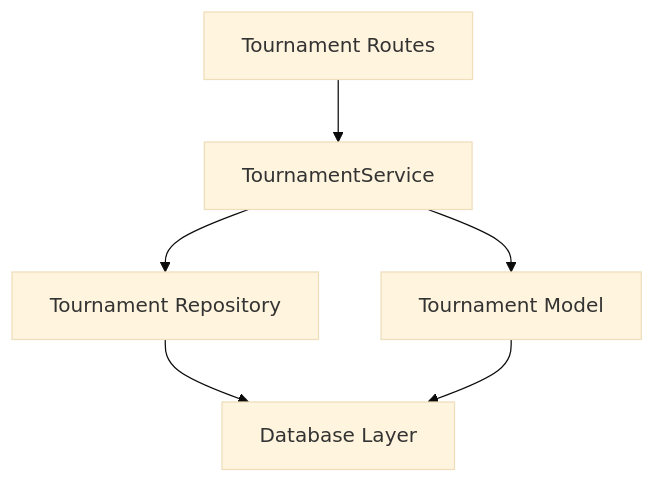
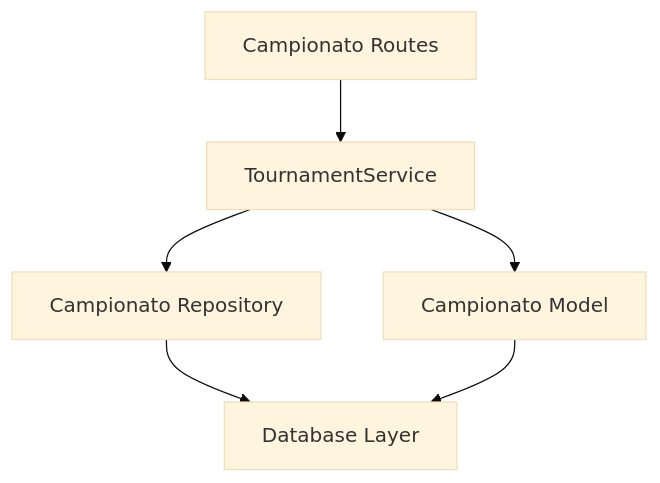
One commit to coppolapaolo/tornei-biliardo changed the diagram in .qoder/quests/refactoring-status-review.md. Above: the diagram before and after it, drawn with Mermaid (base theme). The commit also changed other lines of this file and 277 other files, not shown here.

First line of the commit message:
refactor: rename Prova->Gara and Tournament/Torneo->Campionato

````diff
--- a/.qoder/quests/refactoring-status-review.md
+++ b/.qoder/quests/refactoring-status-review.md
@@ -109,8 +109,8 @@
 ```mermaid
 graph TD
-A[Tournament Routes] --> B[TournamentService]
-B --> C[Tournament Model]
-B --> D[Tournament Repository]
+A[Campionato Routes] --> B[TournamentService]
+B --> C[Campionato Model]
+B --> D[Campionato Repository]
 D --> E[Database Layer]
 C --> E
 ```
````
